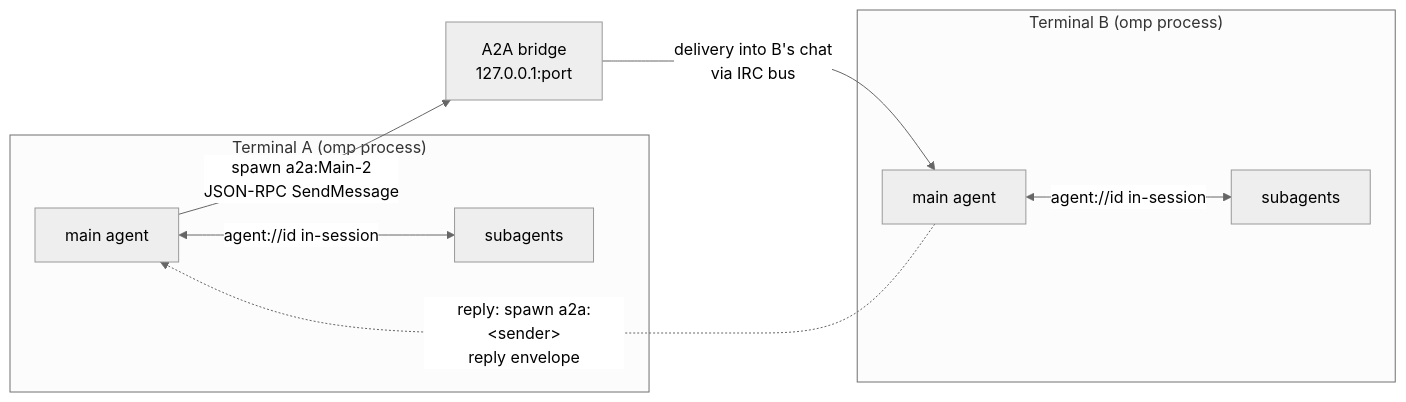
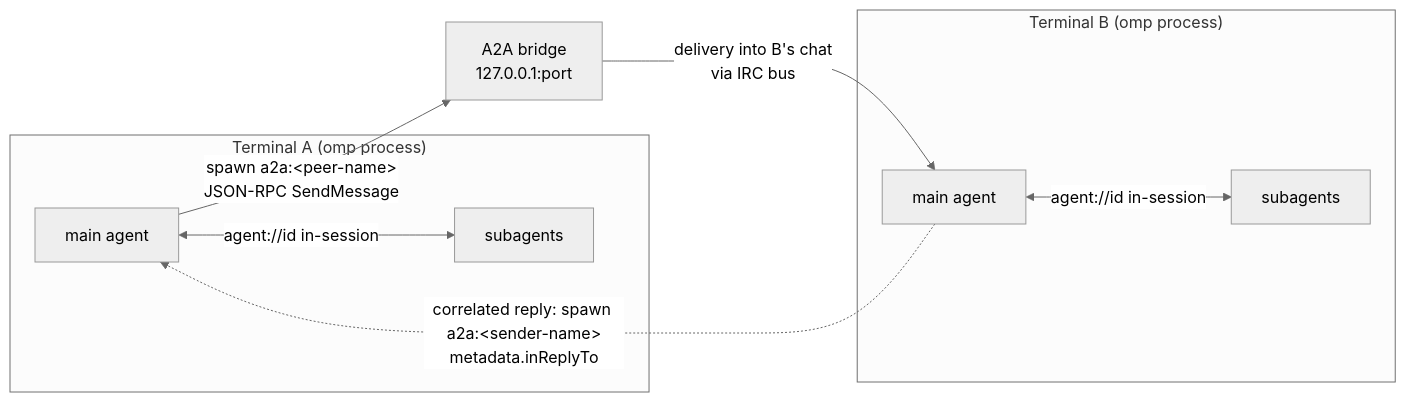
One commit to can1357/oh-my-pi changed the diagram in docs/a2a.md. Above: the diagram before and after it, drawn with Mermaid (neutral theme). The commit also changed other lines of this file and 15 other files, not shown here.

Commit message:
fix(a2a): reachable reply identity, correlated replies, symmetric discovery and spec-conformant RPC

````diff
--- a/docs/a2a.md
+++ b/docs/a2a.md
@@ -21,12 +22,12 @@
 ```mermaid
 flowchart LR
   subgraph terminalA["Terminal A (omp process)"]
     A1["main agent"] <-->|"agent://id in-session"| A2["subagents"]
   end
   subgraph terminalB["Terminal B (omp process)"]
     B1["main agent"] <-->|"agent://id in-session"| B2["subagents"]
   end
-  A1 -->|"spawn a2a:Main-2\nJSON-RPC SendMessage"| BR["A2A bridge\n127.0.0.1:port"]
+  A1 -->|"spawn a2a:&lt;peer-name&gt;\nJSON-RPC SendMessage"| BR["A2A bridge\n127.0.0.1:port"]
   BR -->|"delivery into B's chat\nvia IRC bus"| B1
-  B1 -.->|"reply: spawn a2a:&lt;sender&gt;\nreply envelope"| A1
+  B1 -.->|"correlated reply: spawn a2a:&lt;sender-name&gt;\nmetadata.inReplyTo"| A1
 ```
````
